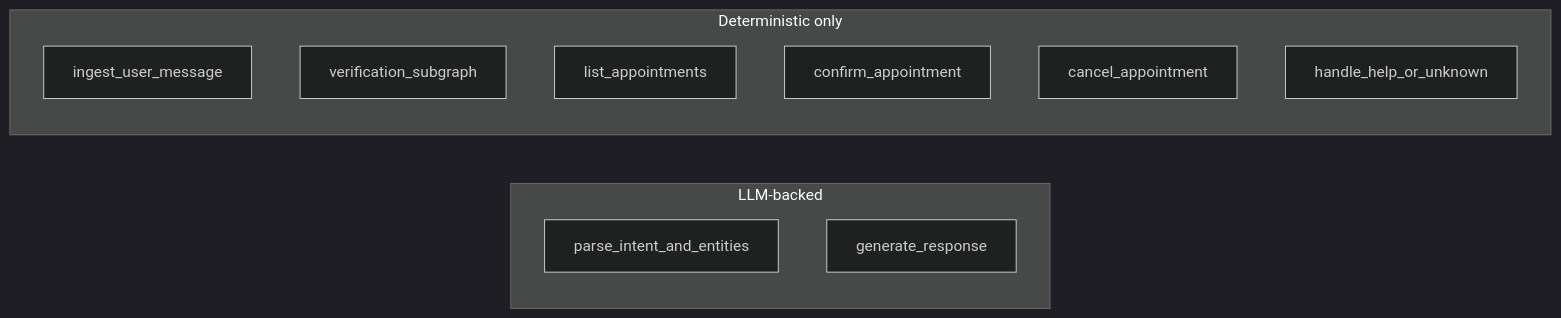
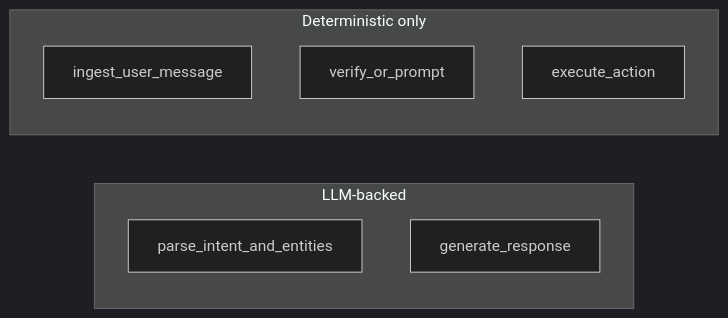
The diagram in docs/llm-boundary.md (ktakanopy/appointment-bot), drawn with Mermaid (dark theme) before and after one commit. The commit also changed other lines of this file and 5 other files, not shown here.

First line of the commit message:
docs: update graph flow documentation

````diff
--- a/docs/llm-boundary.md
+++ b/docs/llm-boundary.md
@@ -70,15 +70,12 @@
 ```mermaid
 flowchart LR
   subgraph llm_nodes["LLM-backed"]
     A[parse_intent_and_entities]
     B[generate_response]
   end
   subgraph deterministic_only["Deterministic only"]
     C[ingest_user_message]
-    D[verification_subgraph]
-    E[list_appointments]
-    F[confirm_appointment]
-    G[cancel_appointment]
-    H[handle_help_or_unknown]
+    D[verify_or_prompt]
+    E[execute_action]
   end
 ```
````
